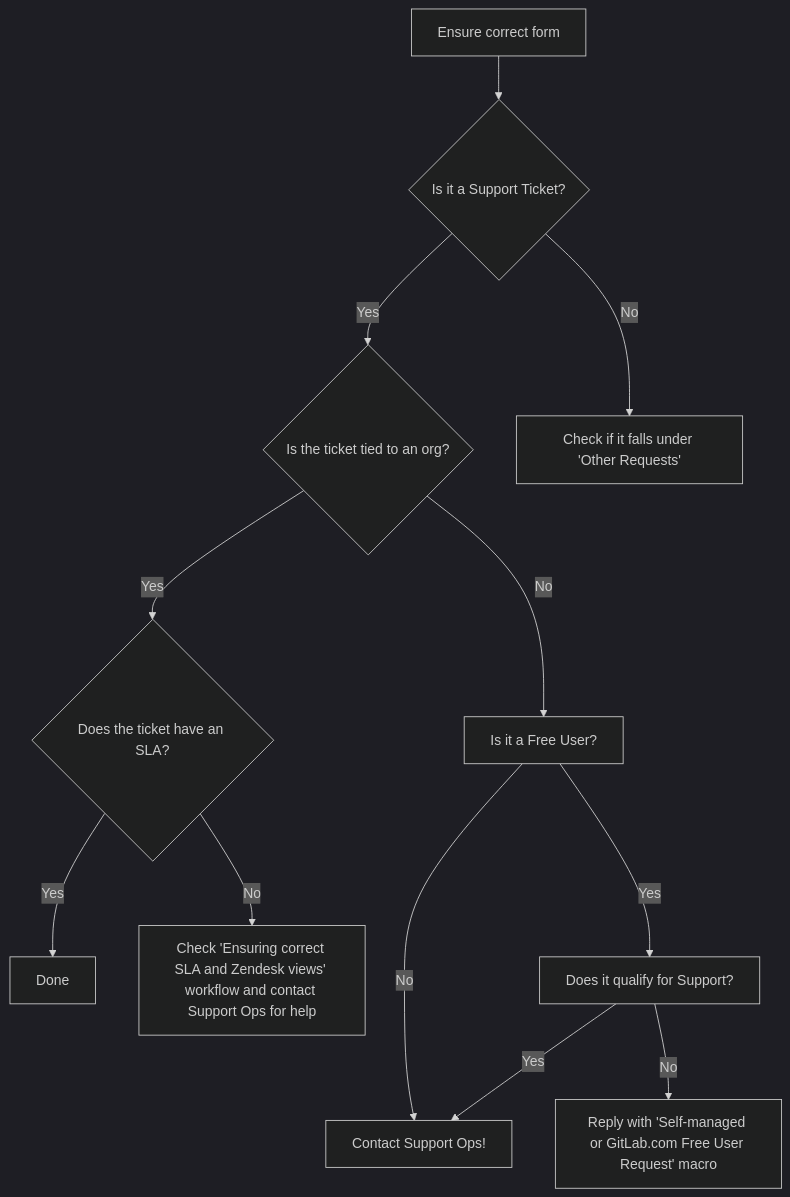
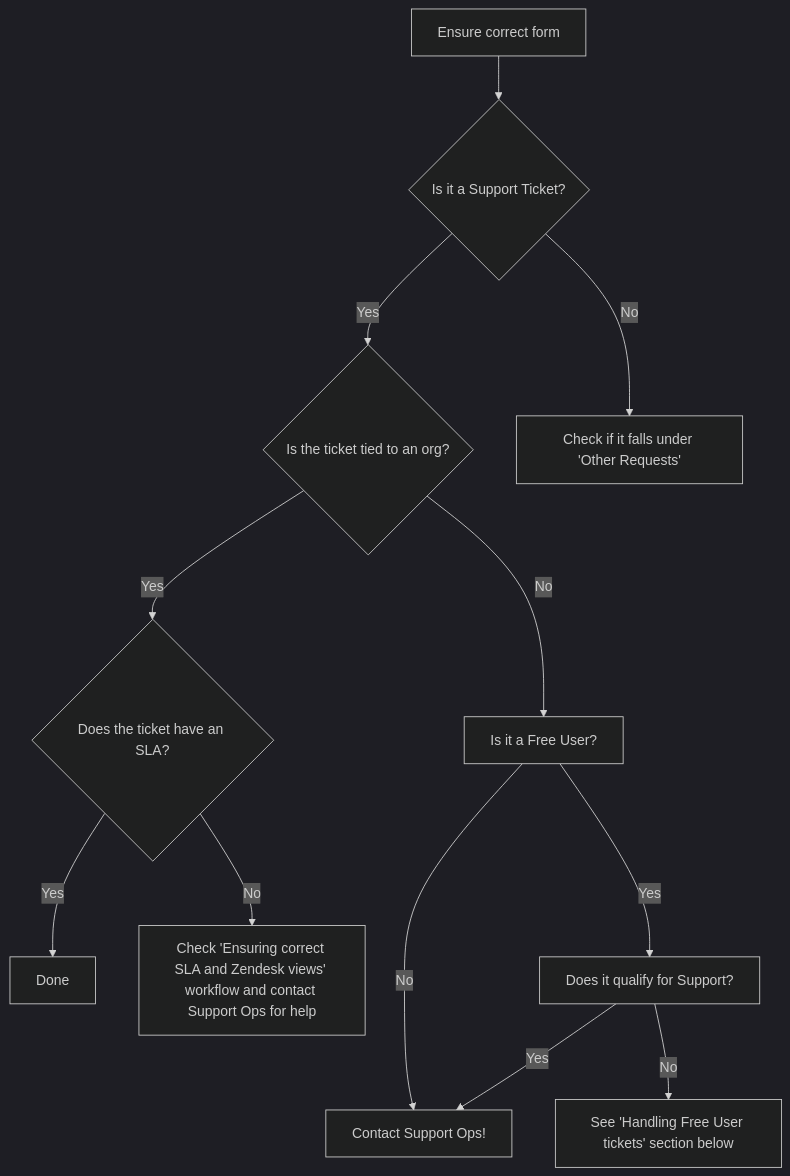
Before and after one commit to secretstartups/handbook: the diagram in content/handbook/support/workflows/ticket_triage.md, drawn with Mermaid (dark theme).

````diff
--- a/content/handbook/support/workflows/ticket_triage.md
+++ b/content/handbook/support/workflows/ticket_triage.md
@@ -17,14 +17,14 @@
 ```mermaid
 graph TD
     G[Ensure correct form] --> A{Is it a Support Ticket?}
     A -->|Yes| B{Is the ticket tied to an org?}
     A -->|No| H[Check if it falls under 'Other Requests']
     B -->|Yes| D{Does the ticket have an SLA?}
     B -->|No| J[Is it a Free User?]
     D -->|Yes| C[Done]
     D -->|No| F[Check 'Ensuring correct SLA and Zendesk views' workflow and contact Support Ops for help]
     J --> |No| E[Contact Support Ops!]
     J --> |Yes| I[Does it qualify for Support?]
-    I --> |No| K[Reply with 'Self-managed or GitLab.com Free User Request' macro]
+    I --> |No| K[See 'Handling Free User tickets' section below]
     I --> |Yes| E
 ```
````
